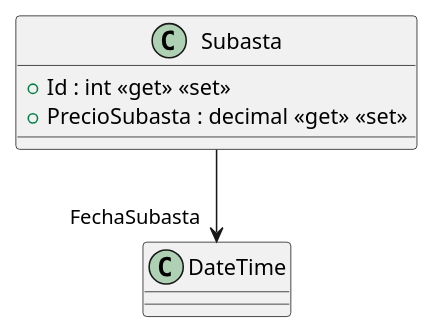
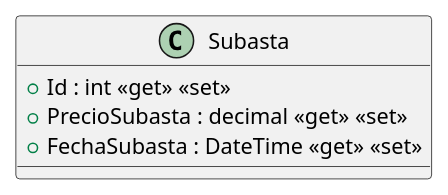
One commit to ISII2627NeedMoneyForMac/ISII2627NeedMoneyForMac changed the diagram in src/AppForSEII.API/ClassDiagram/Subasta.puml. Above: the diagram before and after it, drawn with PlantUML. The commit also changed 5 other files, not shown here.

First line of the commit message:
creada la clase MetodoPago y añadido al diagrama de clases (#31)

```diff
--- a/src/AppForSEII.API/ClassDiagram/Subasta.puml
+++ b/src/AppForSEII.API/ClassDiagram/Subasta.puml
@@ -1,7 +1,7 @@
 @startuml
 class Subasta {
     + Id : int <<get>> <<set>>
     + PrecioSubasta : decimal <<get>> <<set>>
+    + FechaSubasta : DateTime <<get>> <<set>>
 }
-Subasta --> "FechaSubasta" DateTime
 @enduml
```
